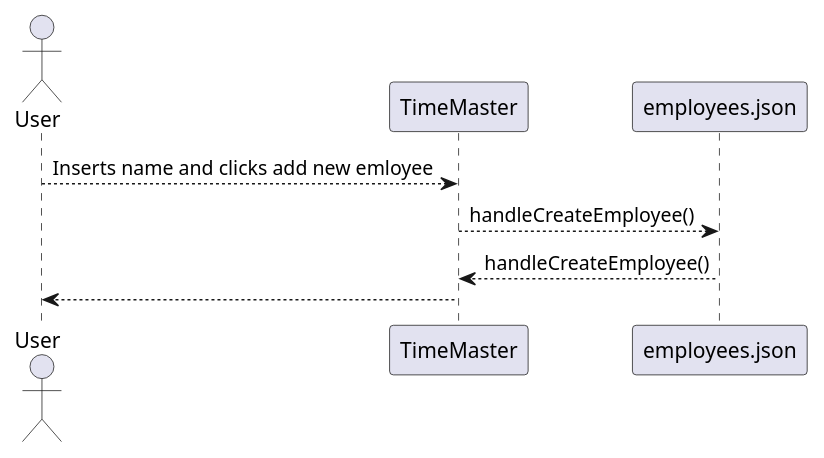
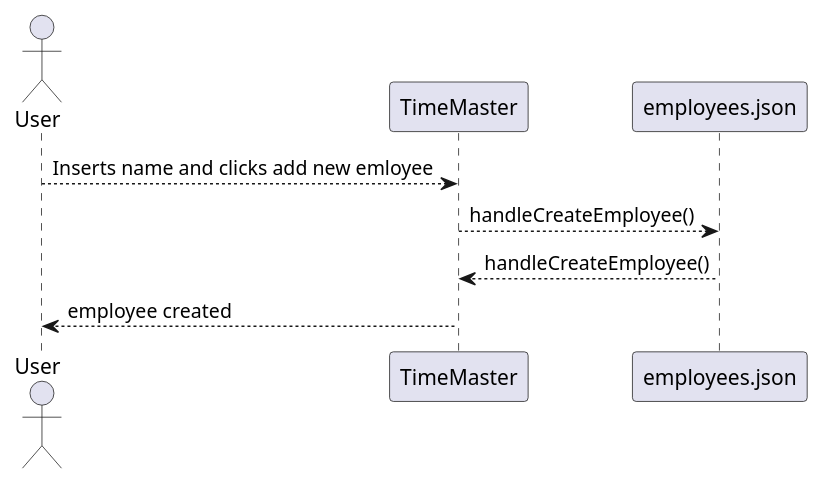
One commit to sleipner01/TimeMaster changed the diagram in docs/diagrams/sequencediagram.plantuml. Above: the diagram before and after it, drawn with PlantUML. The commit also changed 1 other file, not shown here.

Commit message:
Changed user stories
Moved and expanded user stories, added it to release3 folder.

Co-authored by: @magnueb @haavasny @amalieem

Issue: #32

```diff
--- a/docs/diagrams/sequencediagram.plantuml
+++ b/docs/diagrams/sequencediagram.plantuml
@@ -1,10 +1,10 @@
 @startuml Time Master
 
 actor User
 
 User --> TimeMaster : Inserts name and clicks add new emloyee
 TimeMaster --> employees.json: handleCreateEmployee()
 employees.json --> TimeMaster : handleCreateEmployee()
-TimeMaster --> User : 
+TimeMaster --> User : employee created
 
 @enduml
```
